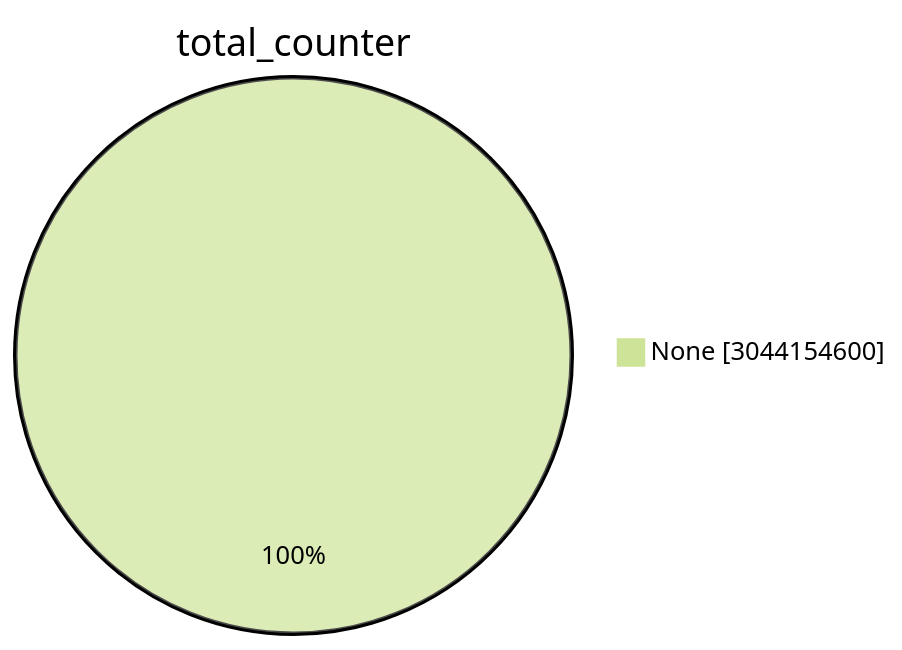
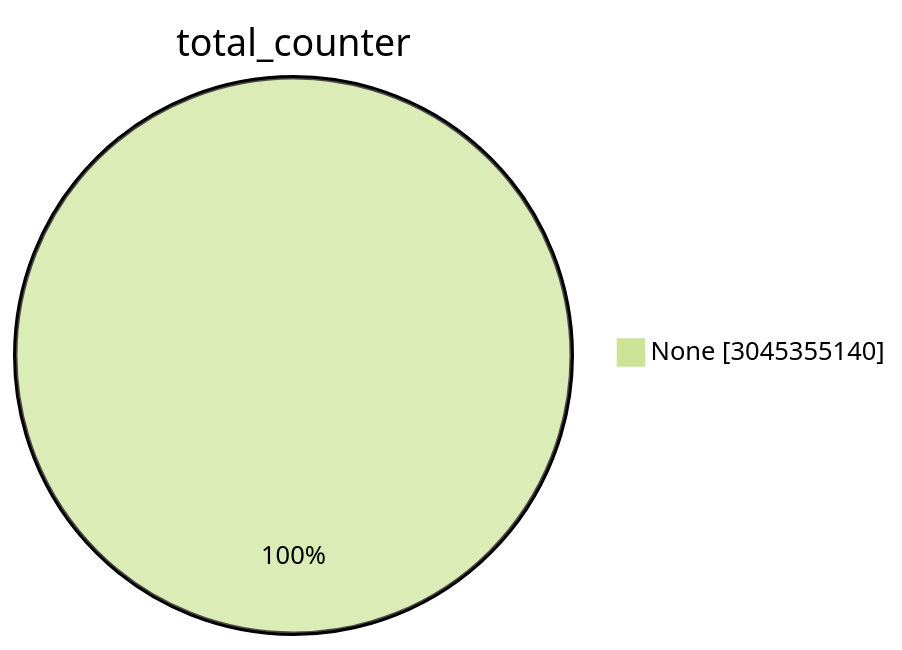
One commit to christiankrug/ctmonitor_visualization changed the first of 15 diagrams in TOTAL/README.md. Above: the diagram before and after it, drawn with Mermaid (forest theme). The commit also changed other lines of this file, not shown here.

````diff
--- a/TOTAL/README.md
+++ b/TOTAL/README.md
@@ -1,5 +1,5 @@
 ```mermaid
 pie showData
 title total_counter
-"None" :3044154600
+"None" :3045355140
 ```
````
